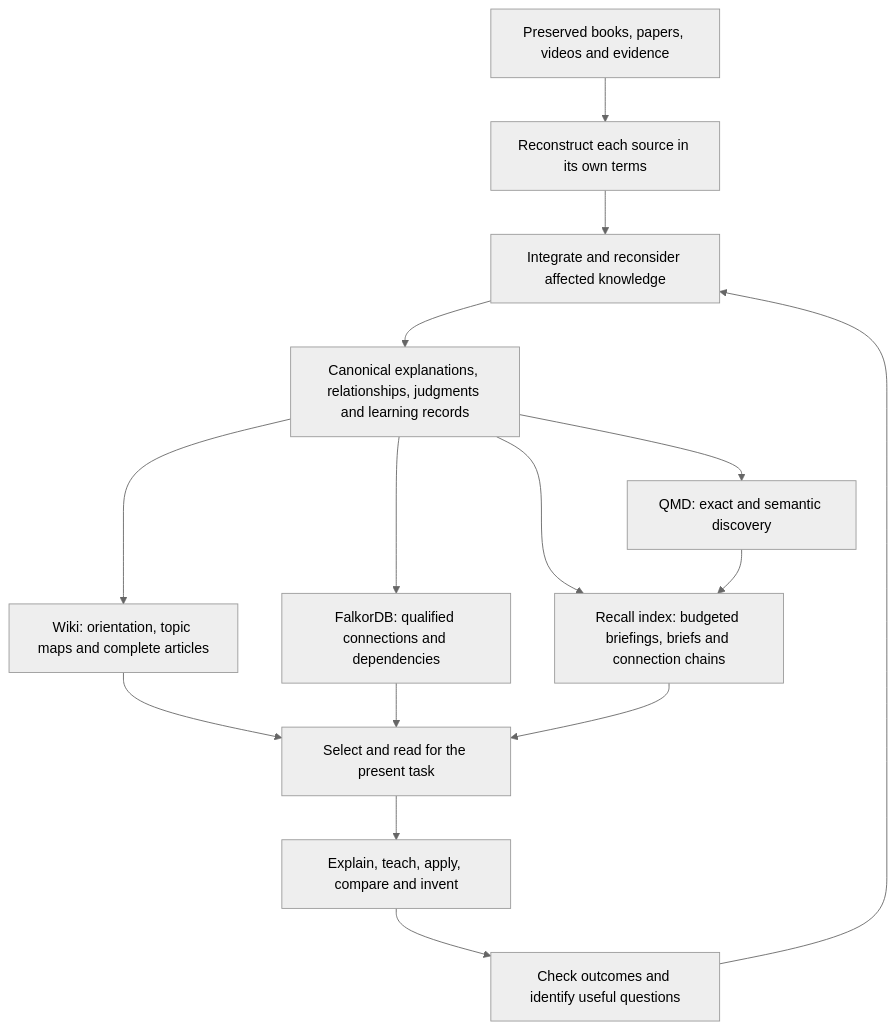
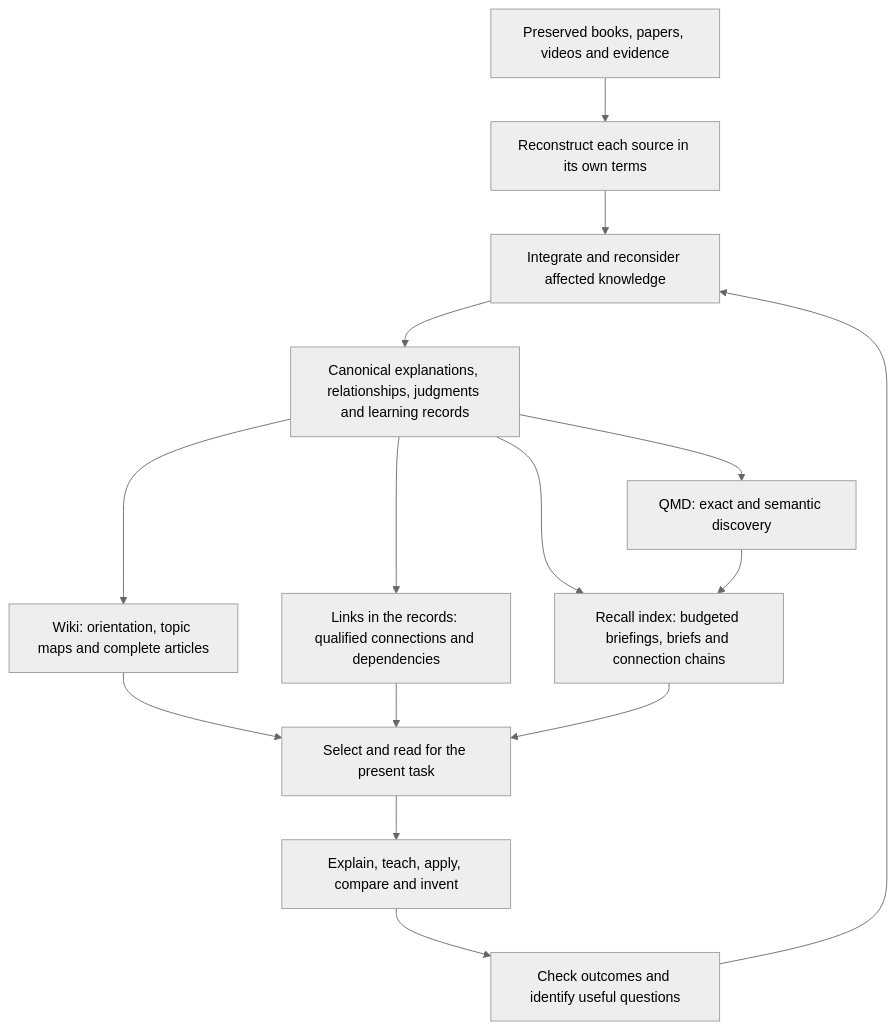
Before and after one commit to Barncore/know-fu: the diagram in docs/NORTH_STAR.md, drawn with Mermaid (neutral theme). The commit also changed other lines of this file and 38 other files, not shown here.

````diff
--- a/docs/NORTH_STAR.md
+++ b/docs/NORTH_STAR.md
@@ -94,17 +100,17 @@
 ```mermaid
 flowchart TD
     S[Preserved books, papers, videos and evidence] --> R[Reconstruct each source in its own terms]
     R --> I[Integrate and reconsider affected knowledge]
     I --> C[Canonical explanations, relationships, judgments and learning records]
     C --> W[Wiki: orientation, topic maps and complete articles]
-    C --> G[FalkorDB: qualified connections and dependencies]
+    C --> G[Links in the records: qualified connections and dependencies]
     C --> Q[QMD: exact and semantic discovery]
     C --> K[Recall index: budgeted briefings, briefs and connection chains]
     W --> P[Select and read for the present task]
     G --> P
     Q --> K
     K --> P
     P --> A[Explain, teach, apply, compare and invent]
     A --> V[Check outcomes and identify useful questions]
     V --> I
 ```
````
